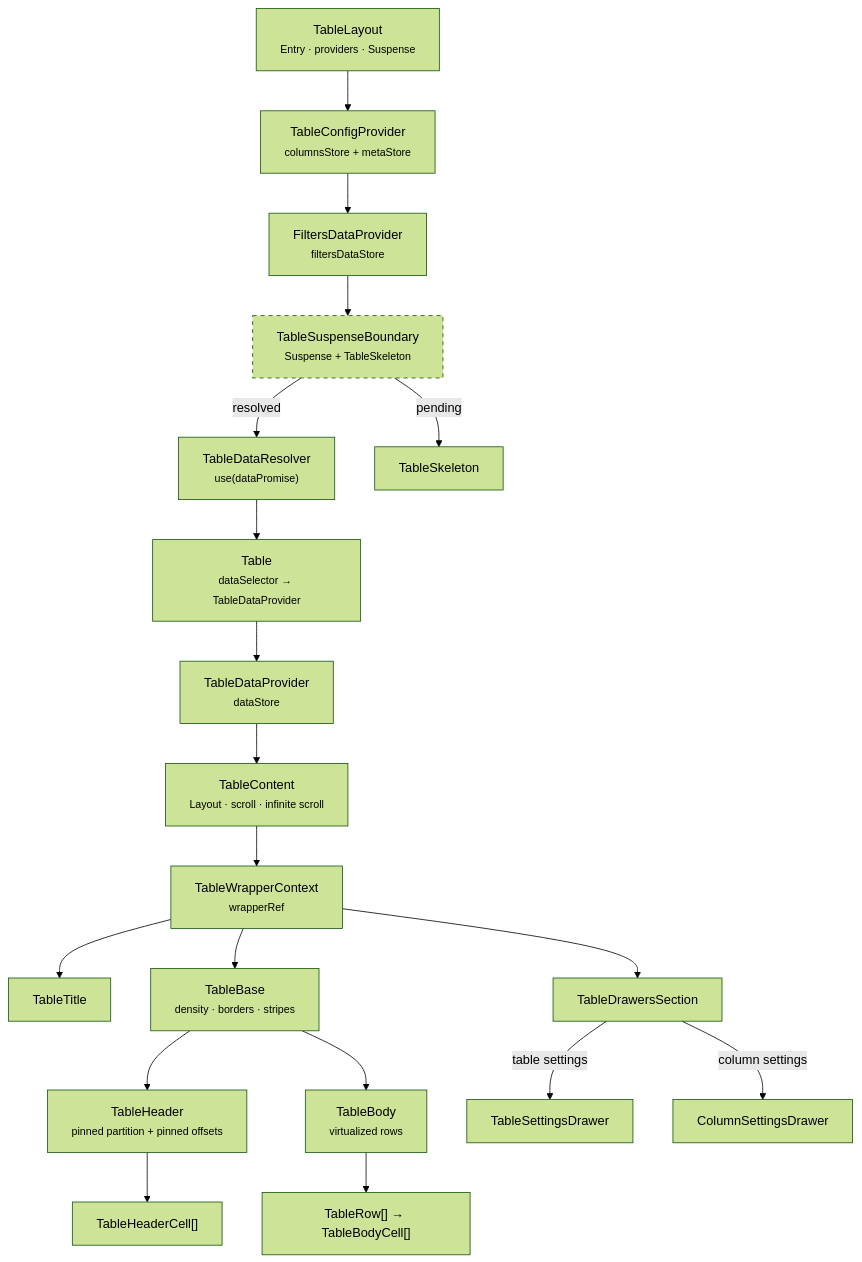
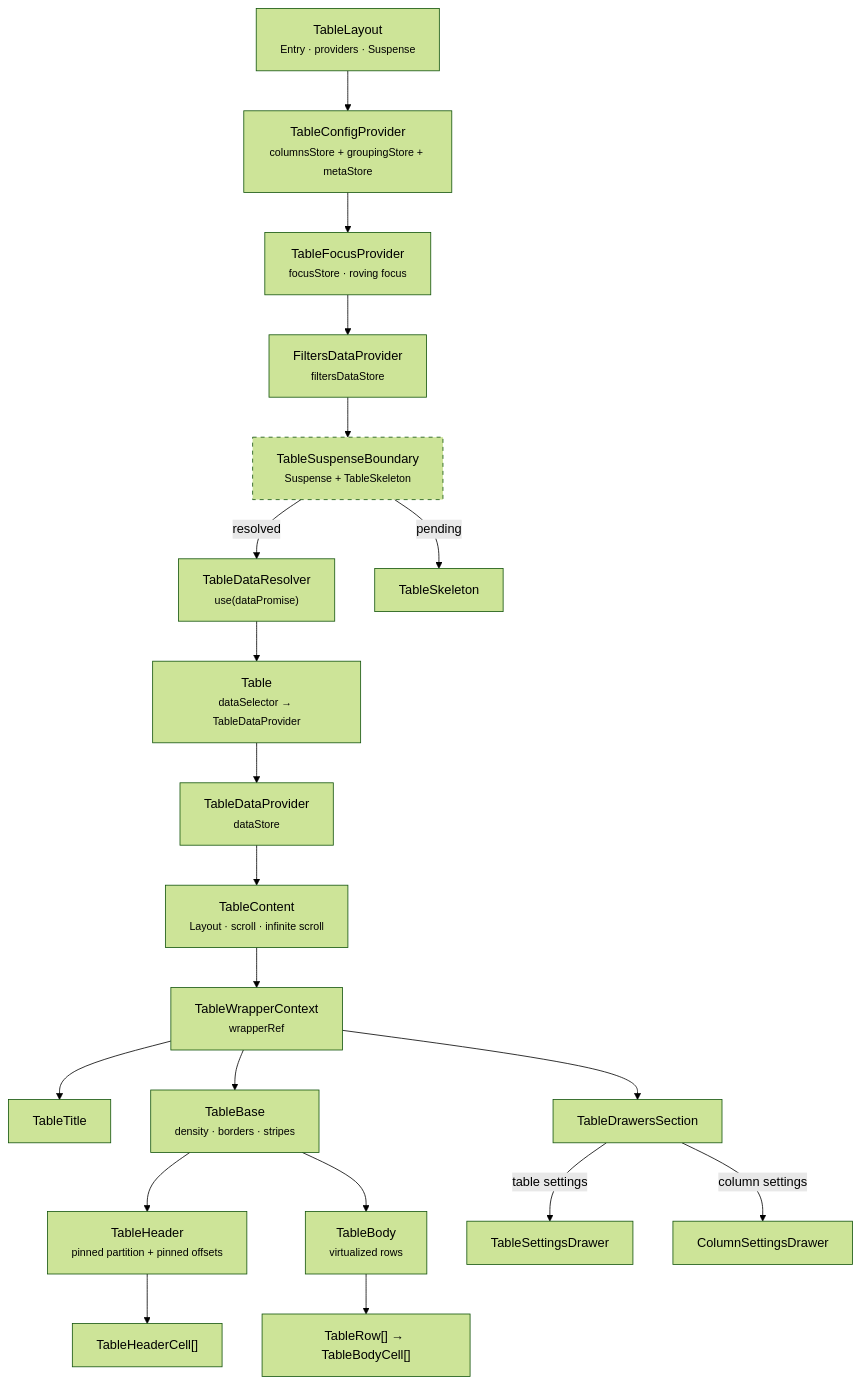
The first of 4 diagrams in packages/ui/src/components/Table/ARCHITECTURE.md (luciocabrera/lcabrera-stack), drawn with Mermaid (forest theme) before and after one commit. The commit also changed other lines of this file and 107 other files, not shown here.

First line of the commit message:
feat(ui): grid semantics, roving focus and keyboard navigation (#645)

````diff
--- a/packages/ui/src/components/Table/ARCHITECTURE.md
+++ b/packages/ui/src/components/Table/ARCHITECTURE.md
@@ -15,31 +15,32 @@
 ```mermaid
 graph TD
   TL["TableLayout<br/><small>Entry · providers · Suspense</small>"]
-  TCP["TableConfigProvider<br/><small>columnsStore + metaStore</small>"]
+  TCP["TableConfigProvider<br/><small>columnsStore + groupingStore + metaStore</small>"]
+  TFP["TableFocusProvider<br/><small>focusStore · roving focus</small>"]
   FDP["FiltersDataProvider<br/><small>filtersDataStore</small>"]
   TSB["TableSuspenseBoundary<br/><small>Suspense + TableSkeleton</small>"]
   TDR["TableDataResolver<br/><small>use(dataPromise)</small>"]
   T["Table<br/><small>dataSelector → TableDataProvider</small>"]
   TDP["TableDataProvider<br/><small>dataStore</small>"]
   TC["TableContent<br/><small>Layout · scroll · infinite scroll</small>"]
   TWC["TableWrapperContext<br/><small>wrapperRef</small>"]
   TTitle["TableTitle"]
   TBase["TableBase<br/><small>density · borders · stripes</small>"]
   TH["TableHeader<br/><small>pinned partition + pinned offsets</small>"]
   TBody["TableBody<br/><small>virtualized rows</small>"]
   TDS["TableDrawersSection"]
 
-  TL --> TCP --> FDP --> TSB
+  TL --> TCP --> TFP --> FDP --> TSB
   TSB -->|pending| SK["TableSkeleton"]
   TSB -->|resolved| TDR --> T --> TDP --> TC --> TWC
   TWC --> TTitle
   TWC --> TBase
   TBase --> TH --> THC["TableHeaderCell[]"]
   TBase --> TBody --> TR["TableRow[] → TableBodyCell[]"]
   TWC --> TDS
 
   TDS -->|table settings| TSD["TableSettingsDrawer"]
   TDS -->|column settings| CSD["ColumnSettingsDrawer"]
 
   style TSB stroke-dasharray: 5 5
 ```
````
